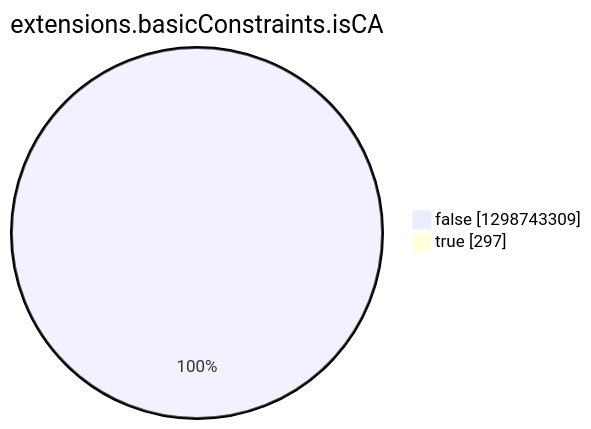
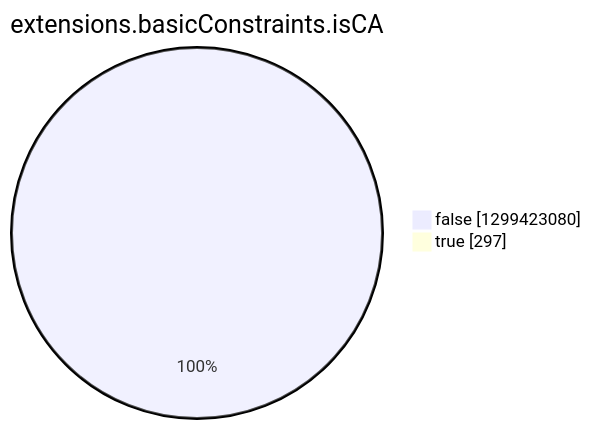
Before and after one commit to christiankrug/ctmonitor_visualization: the eighth of 15 diagrams in argon2022/README.md, drawn with Mermaid. The commit also changed other lines of this file, not shown here.

````diff
--- a/argon2022/README.md
+++ b/argon2022/README.md
@@ -2757,6 +2757,6 @@
 ```mermaid
 pie showData
 title extensions.basicConstraints.isCA
-"false" :1298743309
+"false" :1299423080
 "true" :297
 ```
````
